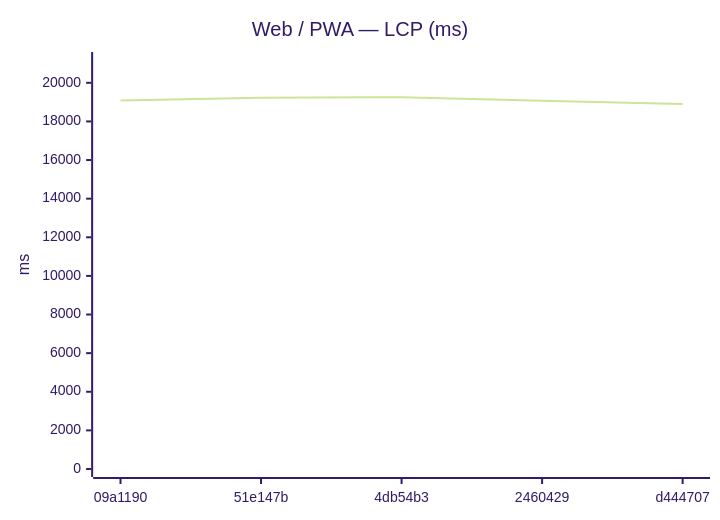
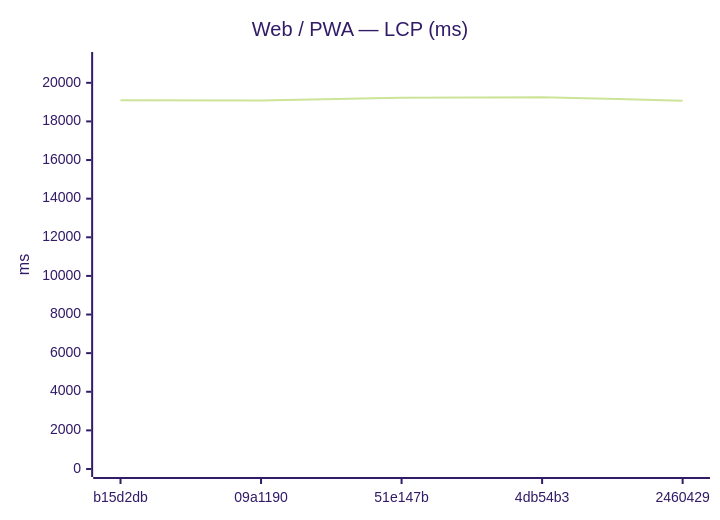
One commit to Metaheurist/Rianell changed the seventh of 18 diagrams in benchmarks/compare.md. Above: the diagram before and after it, drawn with Mermaid (forest theme). The commit also changed other lines of this file and 11 other files, not shown here.

````diff
--- a/benchmarks/compare.md
+++ b/benchmarks/compare.md
@@ -117,7 +117,7 @@
 ```mermaid
 xychart-beta
     title "Web / PWA — LCP (ms)"
-    x-axis ["09a1190", "51e147b", "4db54b3", "2460429", "d444707"]
+    x-axis ["b15d2db", "09a1190", "51e147b", "4db54b3", "2460429"]
     y-axis "ms" 0 --> 21181
-    line [19090, 19227, 19255, 19076, 18898]
+    line [19097, 19090, 19227, 19255, 19076]
 ```
````
